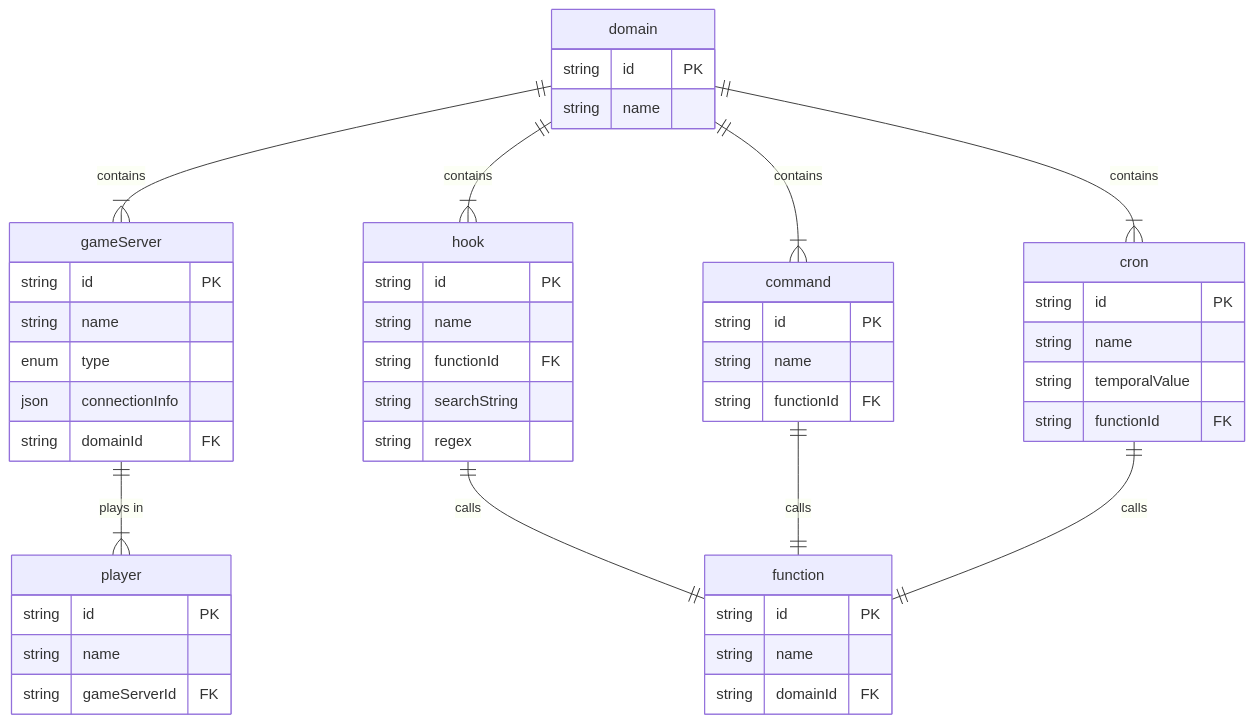
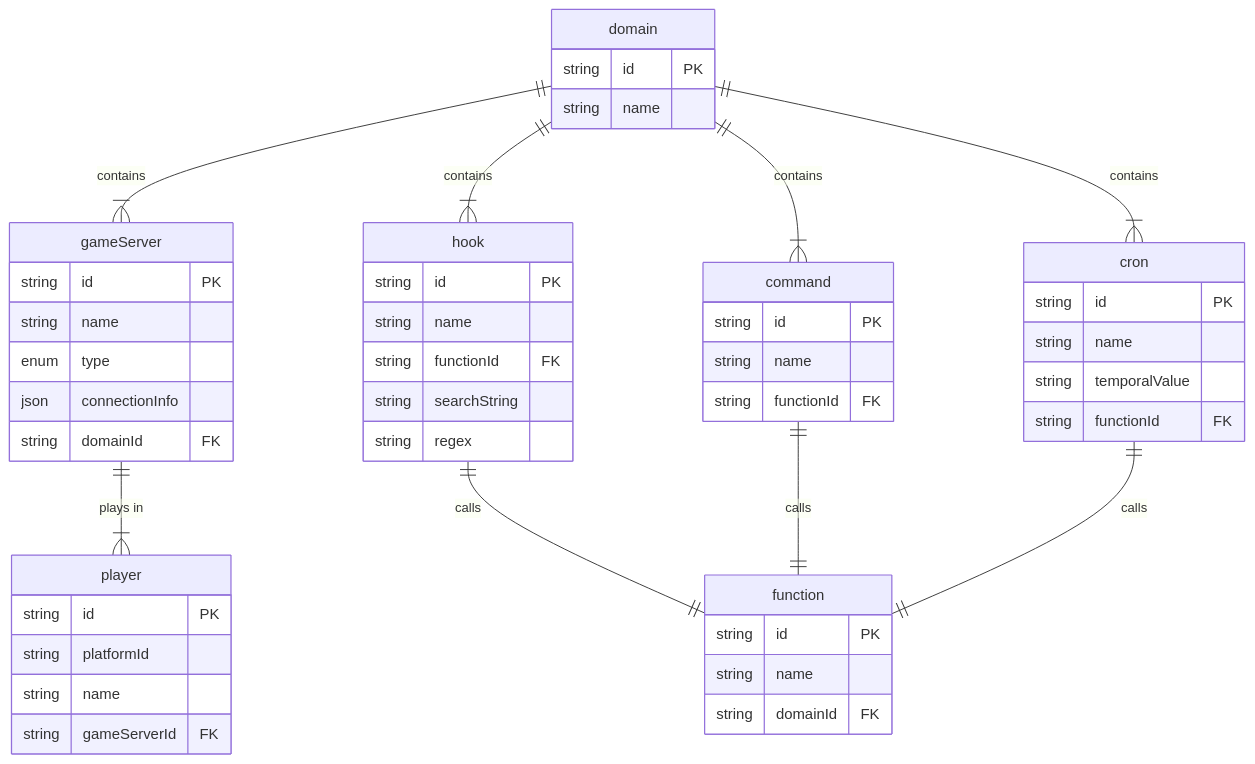
The diagram in README.md (gettakaro/takaro), drawn with Mermaid before and after one commit. The commit also changed 4 other files, not shown here.

````diff
--- a/README.md
+++ b/README.md
@@ -44,58 +44,59 @@
 ```mermaid
 erDiagram
     domain {
       string id PK
       string name
     }
     
     gameServer {
       string id PK
       string name
       enum type
       json connectionInfo 
       string domainId FK
     }
     
     player {
       string id PK
+      string platformId
       string name
       string gameServerId FK
     }
 
     
     function {
       string id PK
       string name
       string domainId FK
     }
 
     hook {
       string id PK
       string name
       string functionId FK
       string searchString
       string regex
     }
 
     command {
       string id PK
       string name
       string functionId FK
     }
 
     cron {
       string id PK
       string name
       string temporalValue
       string functionId FK
     }
 
     domain ||--|{ gameServer : contains
     domain ||--|{ hook : contains
     domain ||--|{ command : contains
     domain ||--|{ cron : contains
     hook   ||--|| function : calls
     command   ||--|| function : calls
     cron   ||--|| function : calls
     gameServer ||--|{ player : "plays in"
 ```
````
